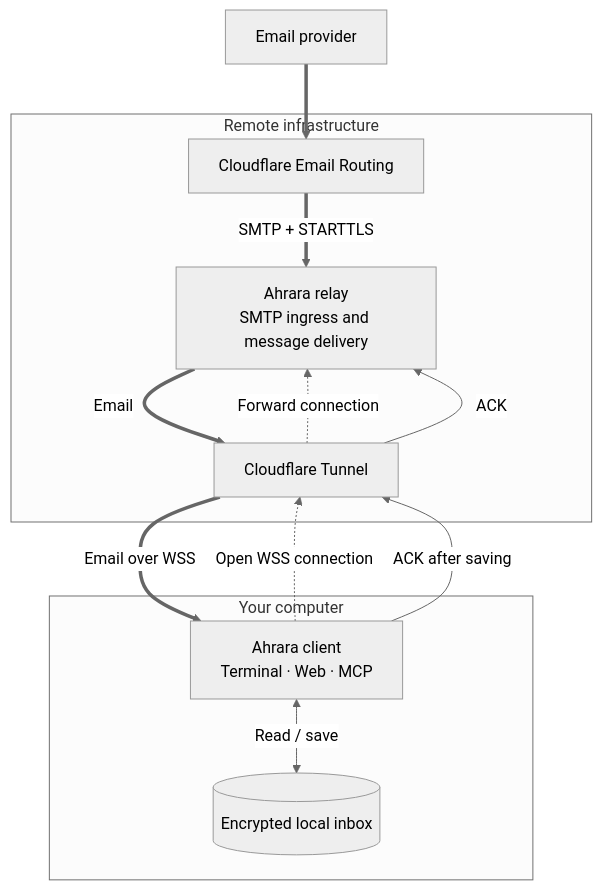
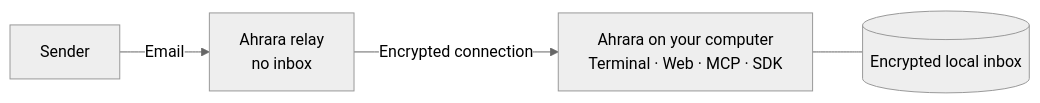
Before and after one commit to Hitmasu/Ahrara: the diagram in README.md, drawn with Mermaid (neutral theme). The commit also changed other lines of this file and 152 other files, not shown here.

````diff
--- a/README.md
+++ b/README.md
@@ -169,19 +196,6 @@
 ```mermaid
-flowchart TB
-    Provider["Email provider"] ==> Routing
-
-    subgraph Remote["Remote infrastructure"]
-        Routing["Cloudflare Email Routing"] ==>|SMTP + STARTTLS| Relay["Ahrara relay<br/>SMTP ingress and message delivery"]
-        Tunnel["Cloudflare Tunnel"] -.->|Forward connection| Relay
-        Relay ==>|Email| Tunnel
-        Tunnel -->|ACK| Relay
-    end
-
-    subgraph Local["Your computer"]
-        Client["Ahrara client<br/>Terminal · Web · MCP"] <-->|Read / save| Inbox[("Encrypted local inbox")]
-    end
-
-    Client -.->|Open WSS connection| Tunnel
-    Tunnel ==>|Email over WSS| Client
-    Client -->|ACK after saving| Tunnel
+flowchart LR
+    Sender["Sender"] -->|Email| Relay["Ahrara relay<br/>no inbox"]
+    Relay -->|Encrypted connection| Client["Ahrara on your computer<br/>Terminal · Web · MCP · SDK"]
+    Client --- Inbox[("Encrypted local inbox")]
 ```
````
